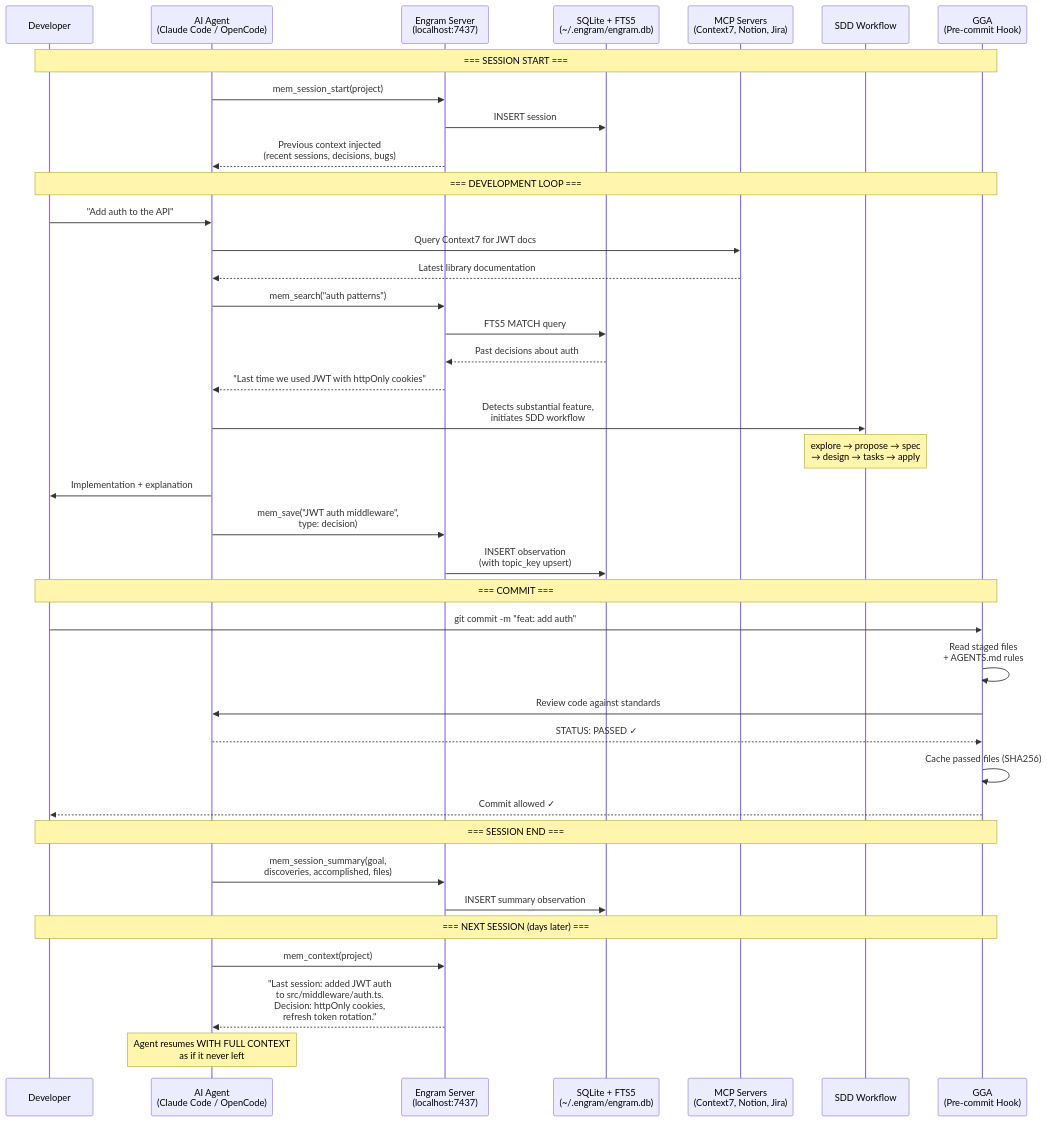
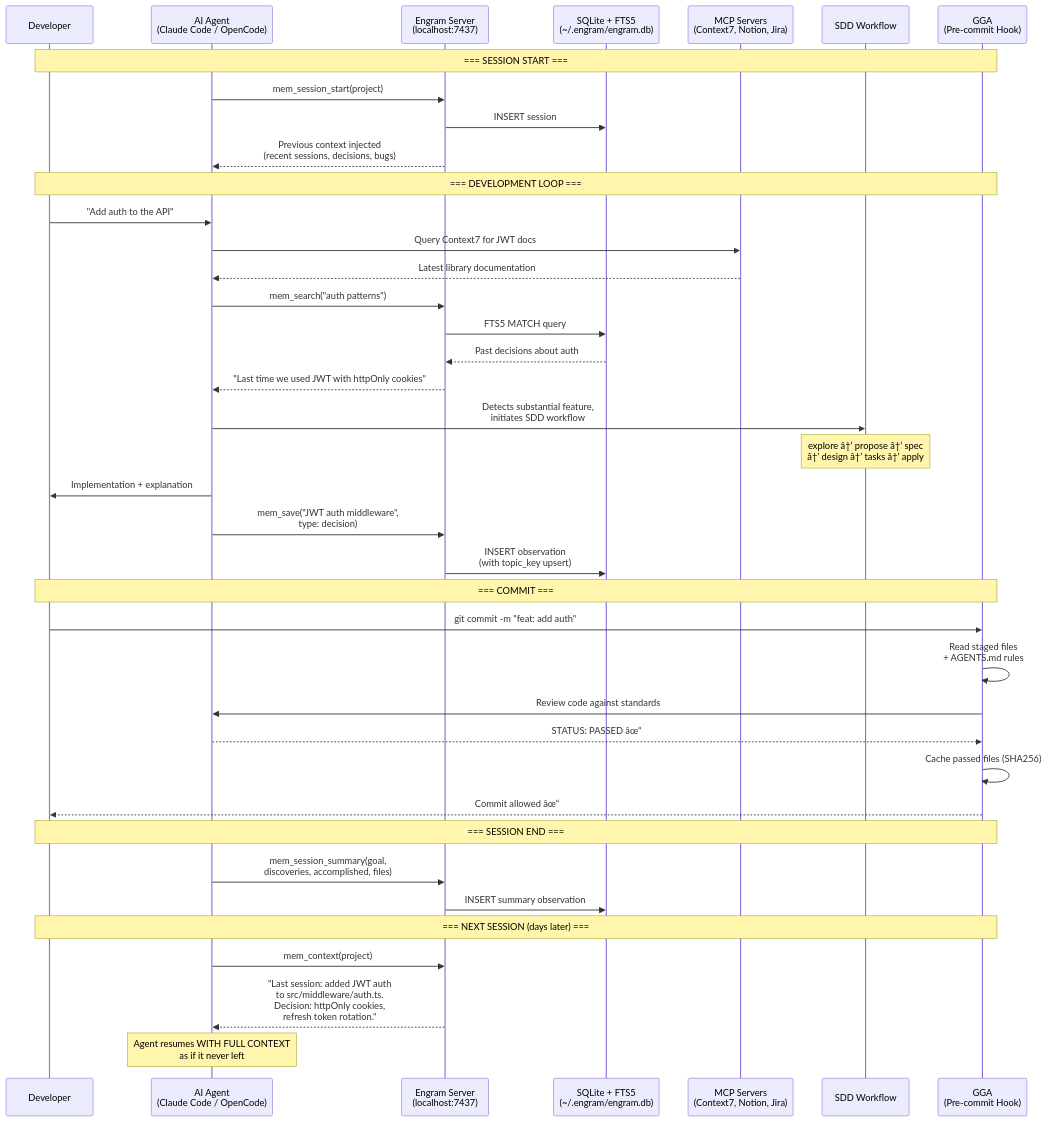
One commit to jonsanchezr/agent-smith changed the fifth of 7 diagrams in PRD.md. Above: the diagram before and after it, drawn with Mermaid. The commit also changed other lines of this file and 1247 other files, not shown here.

````diff
--- a/PRD.md
+++ b/PRD.md
@@ -880,54 +880,54 @@
 ```mermaid
 sequenceDiagram
     participant Dev as Developer
     participant Agent as AI Agent<br/>(Claude Code / OpenCode)
     participant Engram as Engram Server<br/>(localhost:7437)
     participant DB as SQLite + FTS5<br/>(~/.engram/engram.db)
     participant MCP as MCP Servers<br/>(Context7, Notion, Jira)
     participant SDD as SDD Workflow
     participant GGA as GGA<br/>(Pre-commit Hook)
 
     Note over Dev,GGA: === SESSION START ===
 
     Agent->>Engram: mem_session_start(project)
     Engram->>DB: INSERT session
     Engram-->>Agent: Previous context injected<br/>(recent sessions, decisions, bugs)
 
     Note over Dev,GGA: === DEVELOPMENT LOOP ===
 
     Dev->>Agent: "Add auth to the API"
     Agent->>MCP: Query Context7 for JWT docs
     MCP-->>Agent: Latest library documentation
     Agent->>Engram: mem_search("auth patterns")
     Engram->>DB: FTS5 MATCH query
     DB-->>Engram: Past decisions about auth
     Engram-->>Agent: "Last time we used JWT with httpOnly cookies"
 
     Agent->>SDD: Detects substantial feature,<br/>initiates SDD workflow
-    Note over SDD: explore → propose → spec<br/>→ design → tasks → apply
+    Note over SDD: explore â†’ propose â†’ spec<br/>â†’ design â†’ tasks â†’ apply
 
     Agent->>Dev: Implementation + explanation
 
     Agent->>Engram: mem_save("JWT auth middleware",<br/>type: decision)
     Engram->>DB: INSERT observation<br/>(with topic_key upsert)
 
     Note over Dev,GGA: === COMMIT ===
 
     Dev->>GGA: git commit -m "feat: add auth"
     GGA->>GGA: Read staged files<br/>+ AGENTS.md rules
     GGA->>Agent: Review code against standards
-    Agent-->>GGA: STATUS: PASSED ✓
+    Agent-->>GGA: STATUS: PASSED âœ“
     GGA->>GGA: Cache passed files (SHA256)
-    GGA-->>Dev: Commit allowed ✓
+    GGA-->>Dev: Commit allowed âœ“
 
     Note over Dev,GGA: === SESSION END ===
 
     Agent->>Engram: mem_session_summary(goal,<br/>discoveries, accomplished, files)
     Engram->>DB: INSERT summary observation
 
     Note over Dev,GGA: === NEXT SESSION (days later) ===
 
     Agent->>Engram: mem_context(project)
     Engram-->>Agent: "Last session: added JWT auth<br/>to src/middleware/auth.ts.<br/>Decision: httpOnly cookies,<br/>refresh token rotation."
     Note over Agent: Agent resumes WITH FULL CONTEXT<br/>as if it never left
 ```
````
